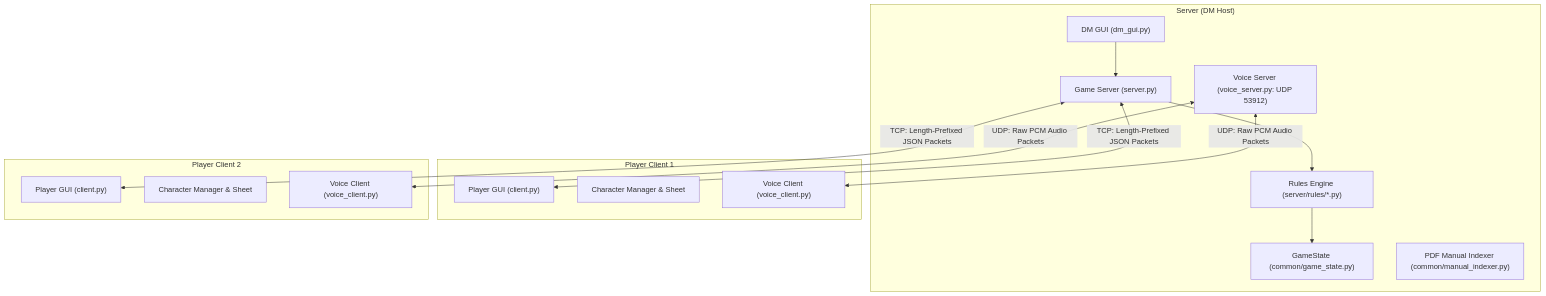
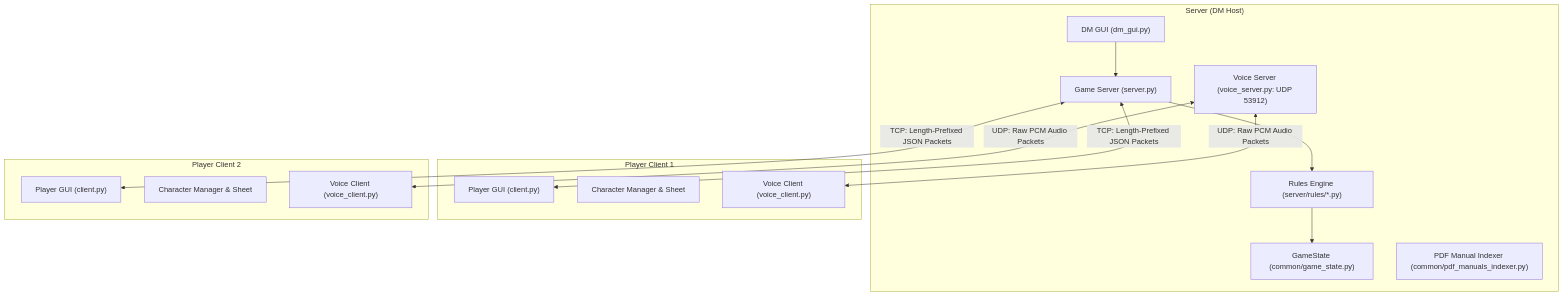
The diagram in docs/OPERATIONAL_GUIDE.md (Gaian-pixel/DndOmniCompanion), drawn with Mermaid before and after one commit. The commit also changed other lines of this file and 29 other files, not shown here.

````diff
--- a/docs/OPERATIONAL_GUIDE.md
+++ b/docs/OPERATIONAL_GUIDE.md
@@ -52,31 +57,31 @@
 ```mermaid
 flowchart TD
     subgraph Server["Server (DM Host)"]
         DM_GUI["DM GUI (dm_gui.py)"]
         S_Core["Game Server (server.py)"]
         S_Rules["Rules Engine (server/rules/*.py)"]
         S_Voice["Voice Server (voice_server.py: UDP 53912)"]
         S_State["GameState (common/game_state.py)"]
-        S_PDF["PDF Manual Indexer (common/manual_indexer.py)"]
+        S_PDF["PDF Manual Indexer (common/pdf_manuals_indexer.py)"]
     end
 
     subgraph Client1["Player Client 1"]
         C1_GUI["Player GUI (client.py)"]
         C1_Char["Character Manager & Sheet"]
         C1_Voice["Voice Client (voice_client.py)"]
     end
 
     subgraph Client2["Player Client 2"]
         C2_GUI["Player GUI (client.py)"]
         C2_Char["Character Manager & Sheet"]
         C2_Voice["Voice Client (voice_client.py)"]
     end
 
     S_Core <-->|TCP: Length-Prefixed JSON Packets| C1_GUI
     S_Core <-->|TCP: Length-Prefixed JSON Packets| C2_GUI
     S_Voice <-->|UDP: Raw PCM Audio Packets| C1_Voice
     S_Voice <-->|UDP: Raw PCM Audio Packets| C2_Voice
     DM_GUI --> S_Core
     S_Core --> S_Rules
     S_Rules --> S_State
 ```
````
